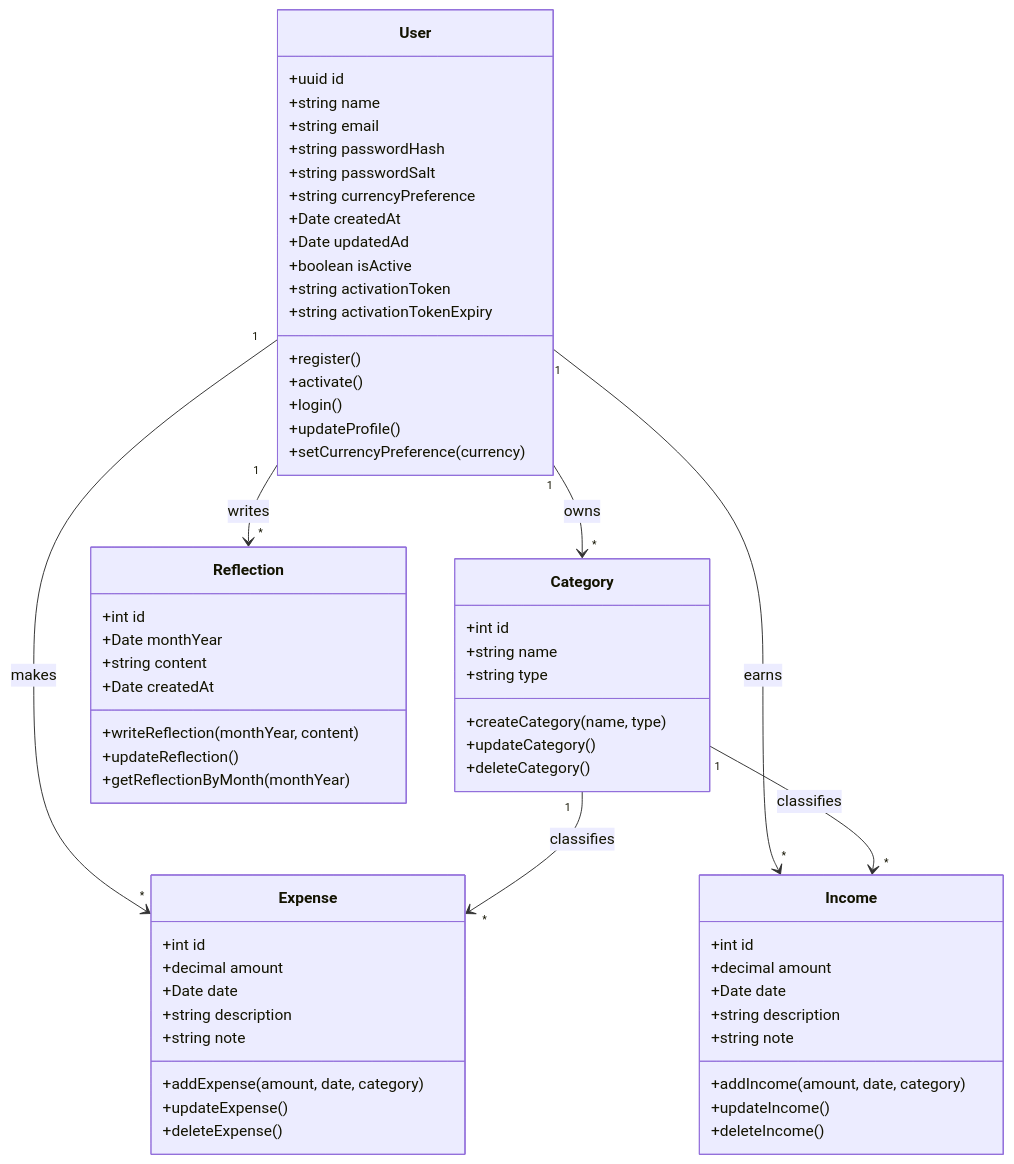
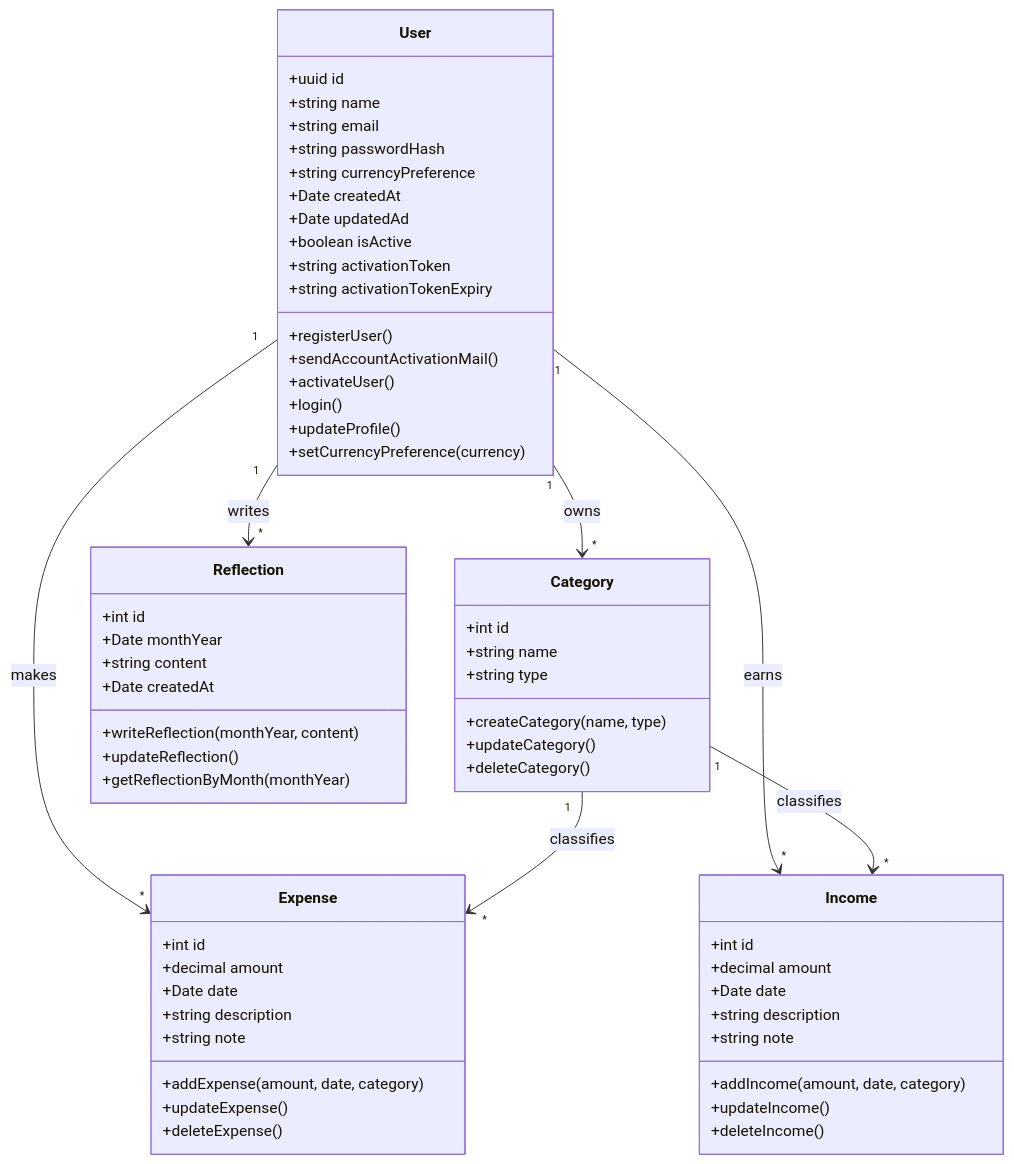
Before and after one commit to IgorVenancio/My-Kakeibo: the second of 2 diagrams in README.md, drawn with Mermaid. The commit also changed 14 other files, not shown here.

First line of the commit message:
Architecture changed into a DDD-style project.

````diff
--- a/README.md
+++ b/README.md
@@ -84,70 +84,70 @@
 ```mermaid
 classDiagram
     class User {
         +uuid id
         +string name
         +string email
         +string passwordHash
-        +string passwordSalt
         +string currencyPreference
         +Date createdAt
         +Date updatedAd
         +boolean isActive
         +string activationToken
         +string activationTokenExpiry
-        +register()
-        +activate()
+        +registerUser()
+        +sendAccountActivationMail()
+        +activateUser()
         +login()
         +updateProfile()
         +setCurrencyPreference(currency)
     }
 
     class Category {
         +int id
         +string name
         +string type
         +createCategory(name, type)
         +updateCategory()
         +deleteCategory()
     }
 
     class Expense {
         +int id
         +decimal amount
         +Date date
         +string description
         +string note
         +addExpense(amount, date, category)
         +updateExpense()
         +deleteExpense()
     }
 
     class Income {
         +int id
         +decimal amount
         +Date date
         +string description
         +string note
         +addIncome(amount, date, category)
         +updateIncome()
         +deleteIncome()
     }
 
     class Reflection {
         +int id
         +Date monthYear
         +string content
         +Date createdAt
         +writeReflection(monthYear, content)
         +updateReflection()
         +getReflectionByMonth(monthYear)
     }
 
     User "1" --> "*" Category : owns
     User "1" --> "*" Expense : makes
     User "1" --> "*" Income : earns
     User "1" --> "*" Reflection : writes
 
     Category "1" --> "*" Expense : classifies
     Category "1" --> "*" Income : classifies
 ```
````
